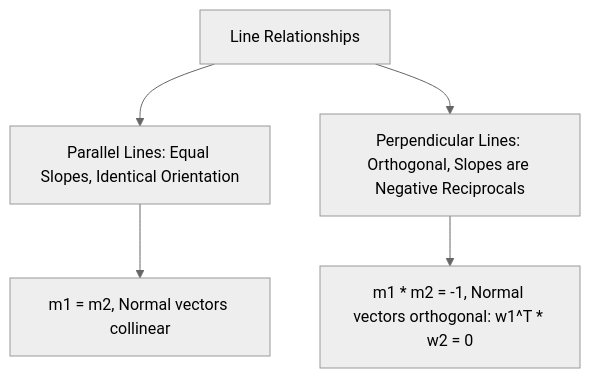
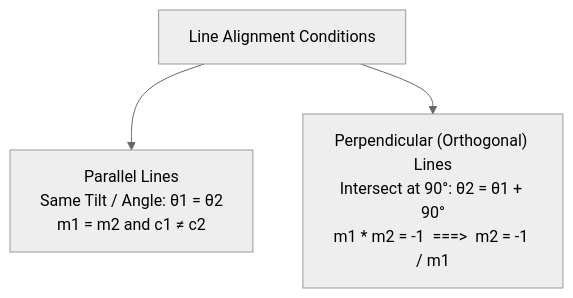
The diagram in lecture_21/Notes_21.04/README.md (S1h2i3v4a/AI_ML), drawn with Mermaid (neutral theme) before and after one commit. The commit also changed other lines of this file and 203 other files, not shown here.

Commit message:
docs(lectures 19-21): align notes with video lectures, add blackboard diagrams, clean structured functions, and compile vector PDFs

````diff
--- a/lecture_21/Notes_21.04/README.md
+++ b/lecture_21/Notes_21.04/README.md
@@ -15,7 +10,5 @@
 ```mermaid
 flowchart TD
-    A["Line Relationships"] --> B["Parallel Lines: Equal Slopes, Identical Orientation"]
-    A --> C["Perpendicular Lines: Orthogonal, Slopes are Negative Reciprocals"]
-    B --> D["m1 = m2, Normal vectors collinear"]
-    C --> E["m1 * m2 = -1, Normal vectors orthogonal: w1^T * w2 = 0"]
+    Lines["Line Alignment Conditions"] --> Par["Parallel Lines<br/>Same Tilt / Angle: θ1 = θ2<br/>m1 = m2  and  c1 ≠ c2"]
+    Lines --> Perp["Perpendicular (Orthogonal) Lines<br/>Intersect at 90°: θ2 = θ1 + 90°<br/>m1 * m2 = -1  ===>  m2 = -1 / m1"]
 ```
````
